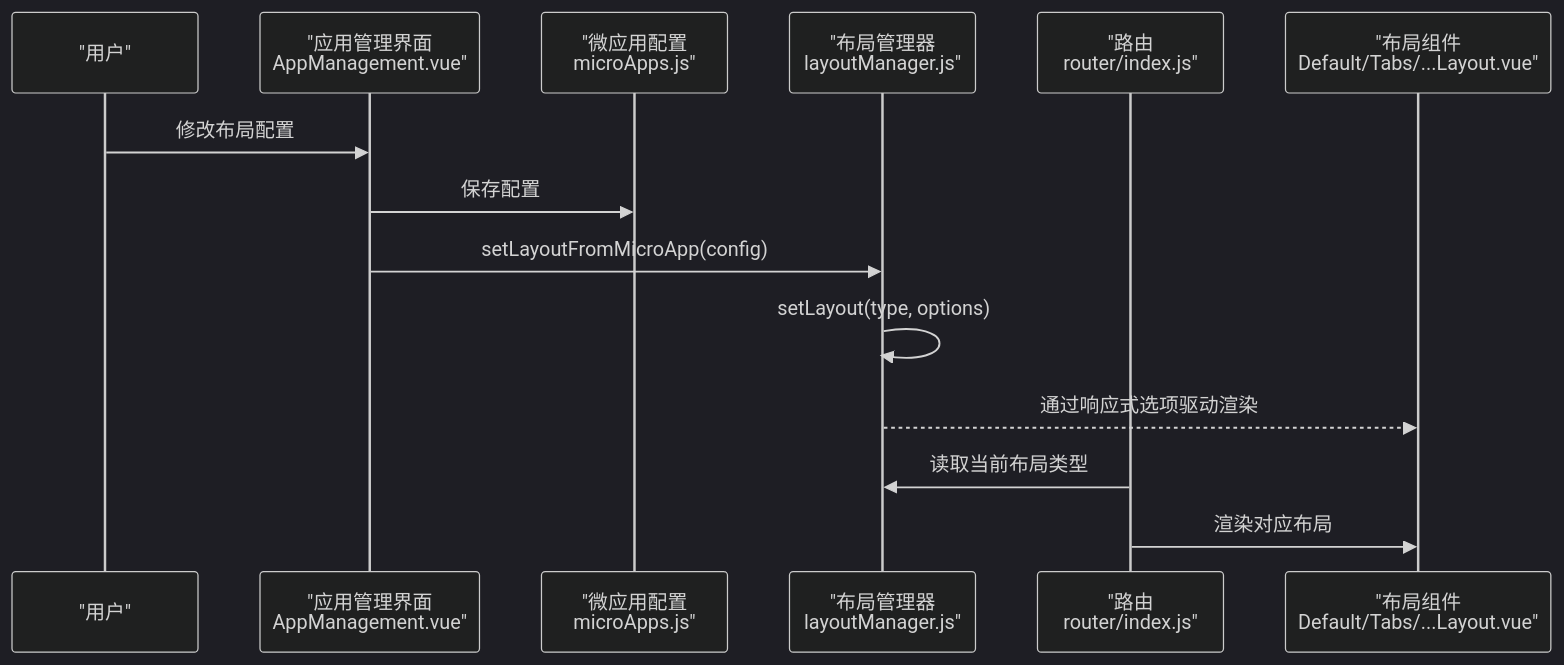
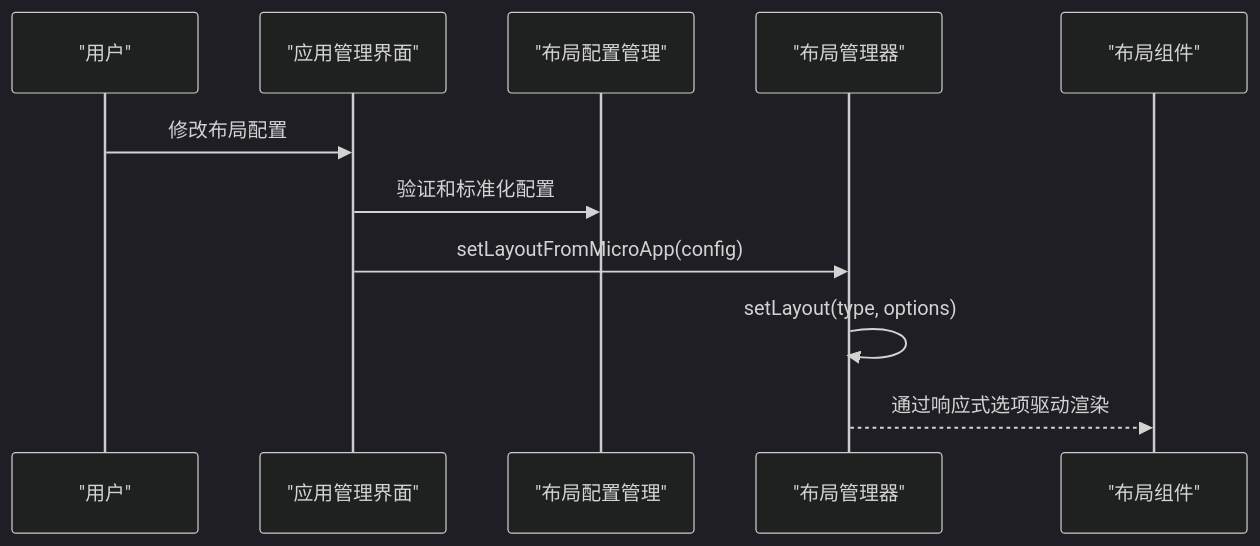
One commit to my-Sitara/artisan-base-frontend changed the second of 6 diagrams in .qoder/repowiki/zh/content/配置管理/布局配置.md. Above: the diagram before and after it, drawn with Mermaid (dark theme). The commit also changed other lines of this file and 25 other files, not shown here.

````diff
--- a/.qoder/repowiki/zh/content/配置管理/布局配置.md
+++ b/.qoder/repowiki/zh/content/配置管理/布局配置.md
@@ -105,16 +106,13 @@
 ```mermaid
 sequenceDiagram
 participant U as "用户"
-participant AM as "应用管理界面<br/>AppManagement.vue"
-participant CFG as "微应用配置<br/>microApps.js"
-participant LM as "布局管理器<br/>layoutManager.js"
-participant RT as "路由<br/>router/index.js"
-participant LC as "布局组件<br/>Default/Tabs/...Layout.vue"
+participant AM as "应用管理界面"
+participant LCM as "布局配置管理"
+participant LM as "布局管理器"
+participant LC as "布局组件"
 U->>AM : 修改布局配置
-AM->>CFG : 保存配置
+AM->>LCM : 验证和标准化配置
 AM->>LM : setLayoutFromMicroApp(config)
 LM->>LM : setLayout(type, options)
 LM-->>LC : 通过响应式选项驱动渲染
-RT->>LM : 读取当前布局类型
-RT->>LC : 渲染对应布局
 ```
````
